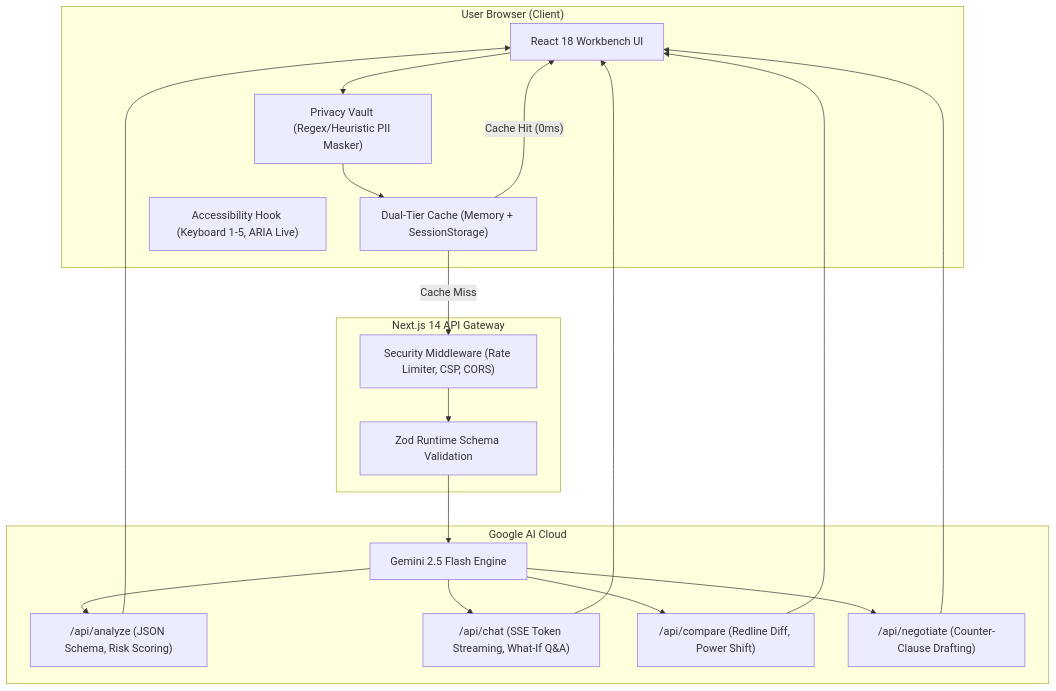
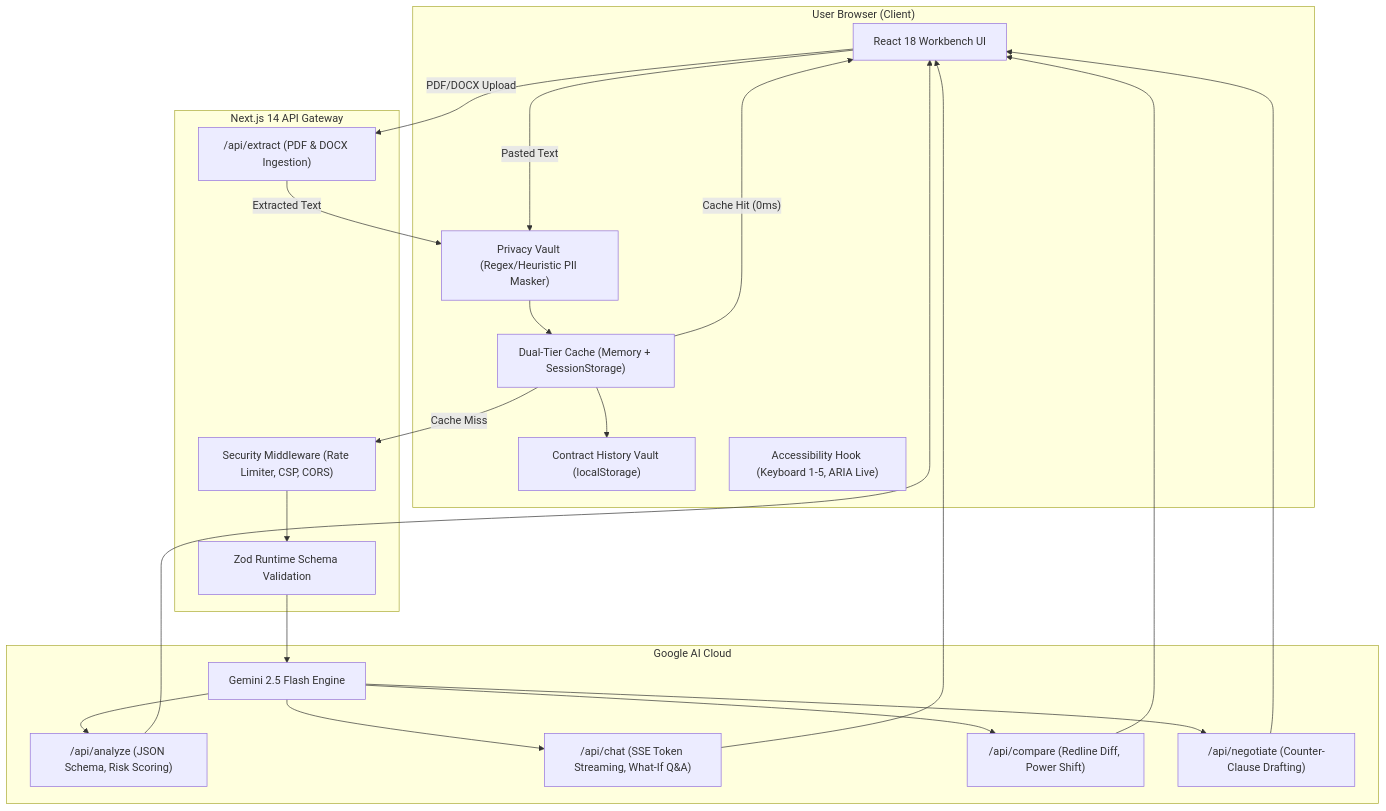
One commit to HarshitDhaduk/LexiGuard-AI changed the diagram in README.md. Above: the diagram before and after it, drawn with Mermaid. The commit also changed other lines of this file and 13 other files, not shown here.

Commit message:
feat: add custom contract ingestion (PDF/DOCX/TXT), contract vault, and streamlined UX

````diff
--- a/README.md
+++ b/README.md
@@ -40,31 +41,36 @@
 ```mermaid
 flowchart TD
     subgraph Browser ["User Browser (Client)"]
         UI["React 18 Workbench UI"]
         PV["Privacy Vault (Regex/Heuristic PII Masker)"]
+        CV["Contract History Vault (localStorage)"]
         CC["Dual-Tier Cache (Memory + SessionStorage)"]
         A11Y["Accessibility Hook (Keyboard 1-5, ARIA Live)"]
     end
 
     subgraph Server ["Next.js 14 API Gateway"]
         MW["Security Middleware (Rate Limiter, CSP, CORS)"]
+        EX["/api/extract (PDF & DOCX Ingestion)"]
         ZV["Zod Runtime Schema Validation"]
     end
 
     subgraph GenAI ["Google AI Cloud"]
         GEM["Gemini 2.5 Flash Engine"]
         F1["/api/analyze (JSON Schema, Risk Scoring)"]
         F2["/api/chat (SSE Token Streaming, What-If Q&A)"]
         F3["/api/compare (Redline Diff, Power Shift)"]
         F4["/api/negotiate (Counter-Clause Drafting)"]
     end
 
-    UI --> PV
+    UI -- "PDF/DOCX Upload" --> EX
+    EX -- "Extracted Text" --> PV
+    UI -- "Pasted Text" --> PV
     PV --> CC
+    CC --> CV
     CC -- "Cache Hit (0ms)" --> UI
     CC -- "Cache Miss" --> MW
     MW --> ZV
     ZV --> GEM
     GEM --> F1 & F2 & F3 & F4
     F1 & F2 & F3 & F4 --> UI
 ```
````
